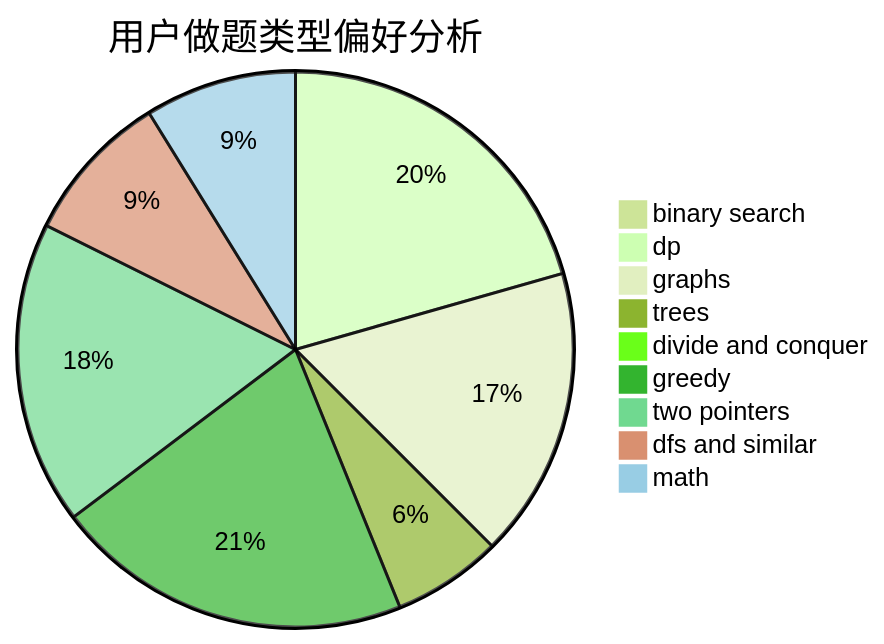
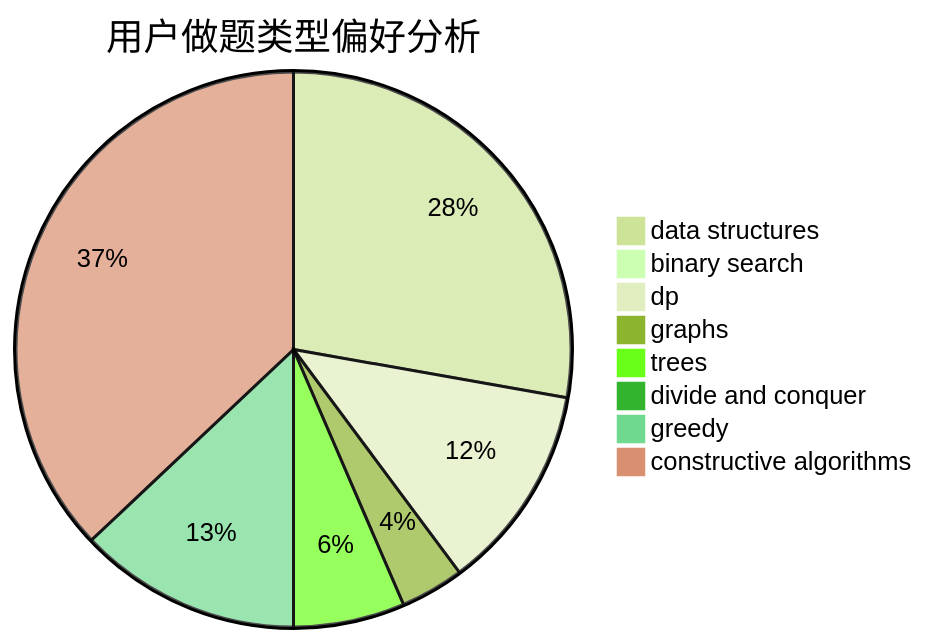
One commit to sherpahu/cfrs.github.io changed the second of 3 diagrams in docs/user/u2655.md. Above: the diagram before and after it, drawn with Mermaid (forest theme). The commit also changed other lines of this file and 2775 other files, not shown here.

````diff
--- a/docs/user/u2655.md
+++ b/docs/user/u2655.md
@@ -23,12 +23,11 @@
 ```mermaid
 pie title 用户做题类型偏好分析
-    "binary search" :  3
-    "dp" :  84
-    "graphs" :  69
-    "trees" :  26
+    "data structures" :  30
+    "binary search" :  0
+    "dp" :  13
+    "graphs" :  4
+    "trees" :  7
     "divide and conquer" :  0
-    "greedy" :  85
-    "two pointers" :  72
-    "dfs and similar" :  36
-    "math" :  36
+    "greedy" :  14
+    "constructive algorithms" :  40
 ```
````
